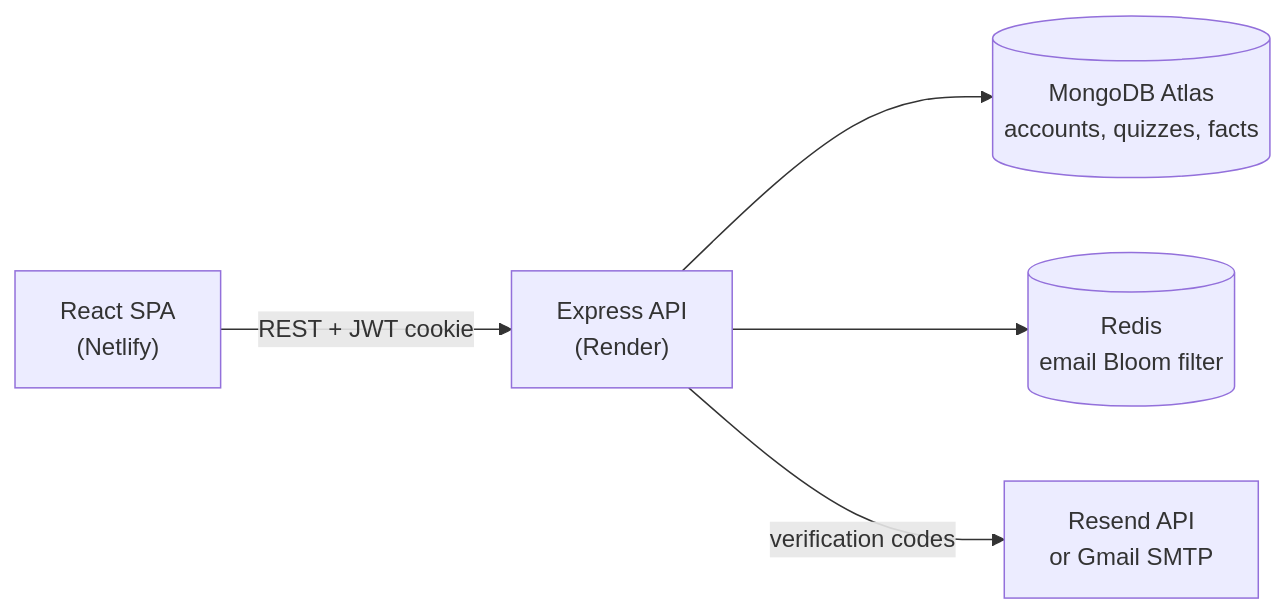
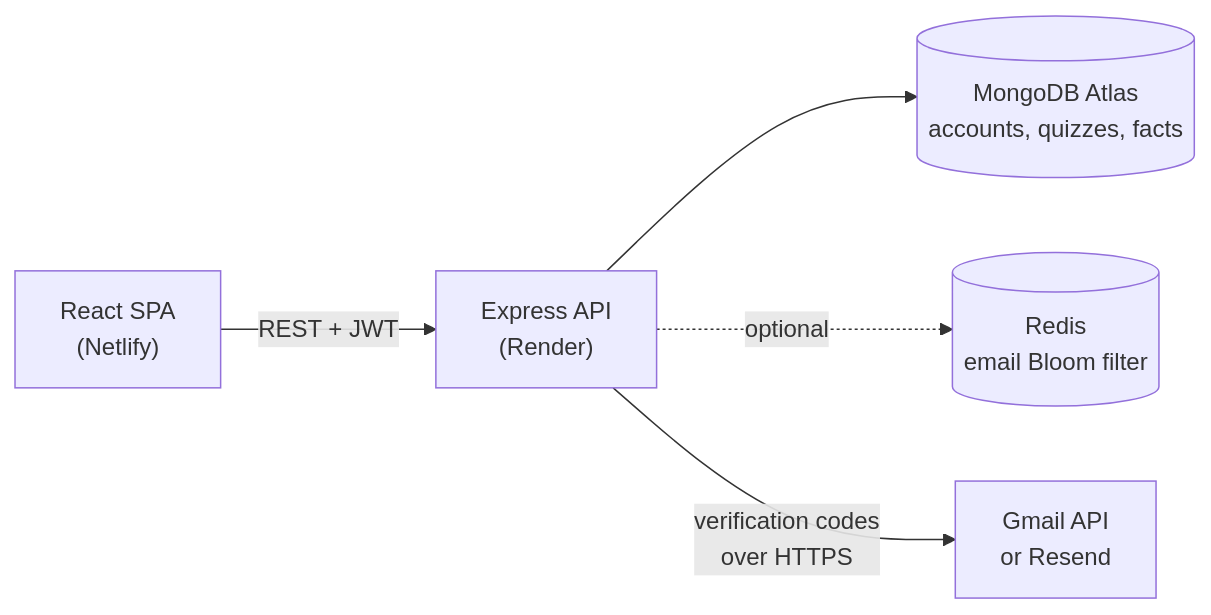
One commit to ianjhh/quizanak changed the diagram in README.md. Above: the diagram before and after it, drawn with Mermaid. The commit also changed other lines of this file, not shown here.

````diff
--- a/README.md
+++ b/README.md
@@ -46,7 +46,7 @@
 ```mermaid
 flowchart LR
-    Browser["React SPA<br/>(Netlify)"] -->|"REST + JWT cookie"| API["Express API<br/>(Render)"]
+    Browser["React SPA<br/>(Netlify)"] -->|"REST + JWT"| API["Express API<br/>(Render)"]
     API --> Mongo[("MongoDB Atlas<br/>accounts, quizzes, facts")]
-    API --> Redis[("Redis<br/>email Bloom filter")]
-    API -->|"verification codes"| Mail["Resend API<br/>or Gmail SMTP"]
+    API -.->|optional| Redis[("Redis<br/>email Bloom filter")]
+    API -->|"verification codes<br/>over HTTPS"| Mail["Gmail API<br/>or Resend"]
 ```
````
